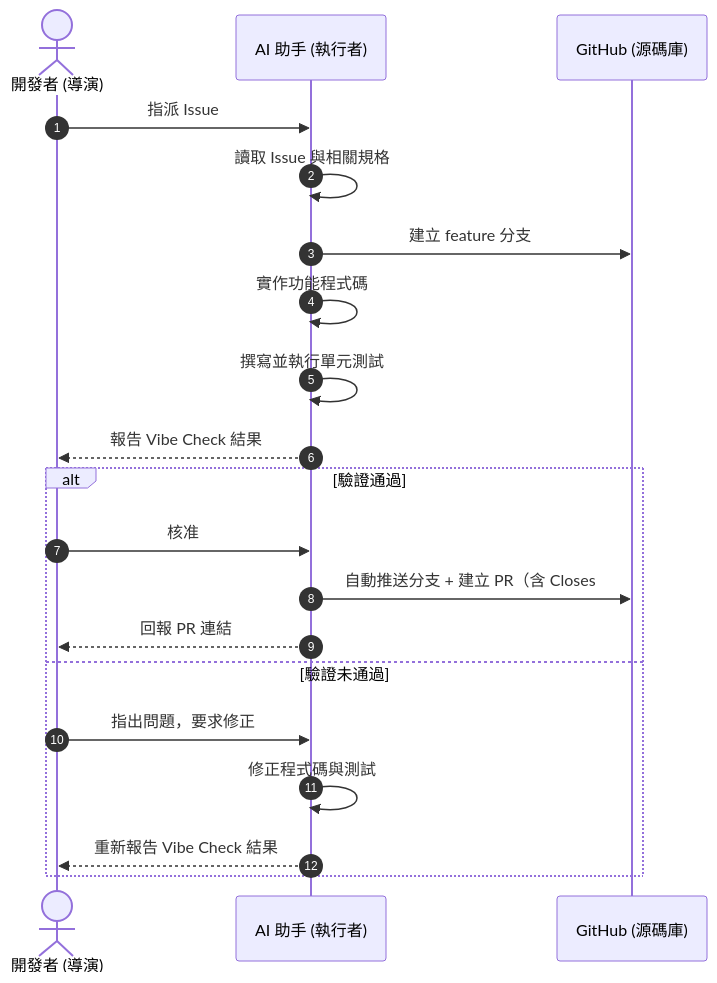
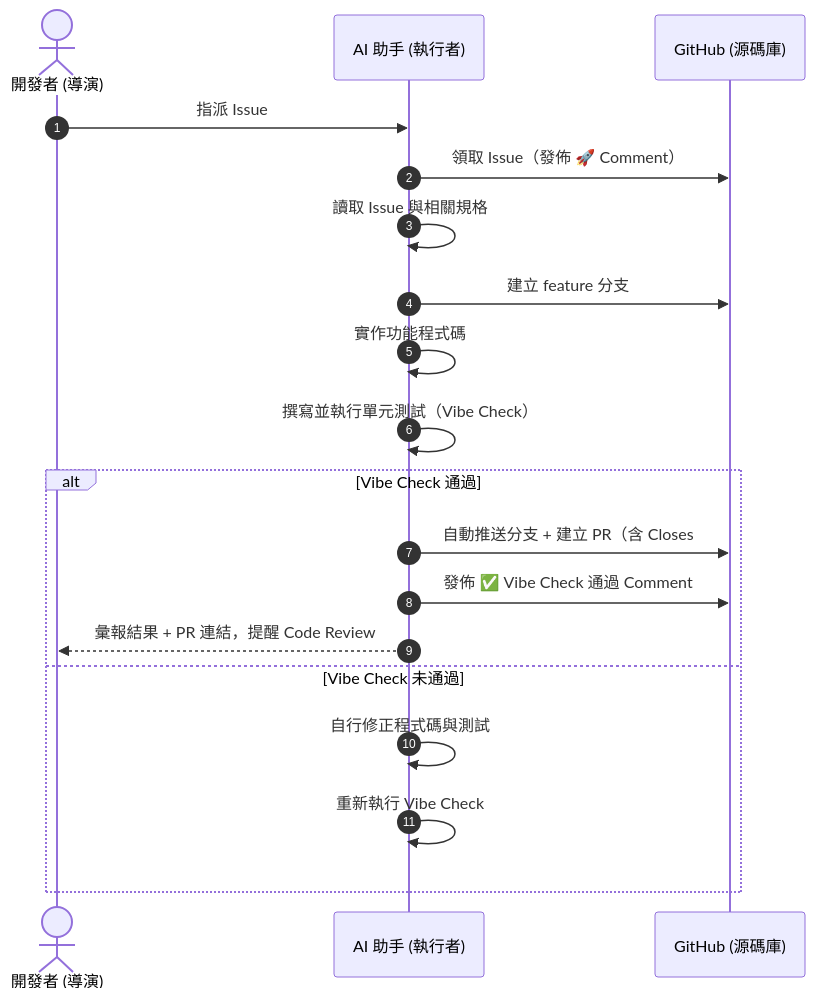
Before and after one commit to robin-li/Vibe-SDLC: the second of 2 diagrams in Vibe-SDLC.md, drawn with Mermaid. The commit also changed other lines of this file and 35 other files, not shown here.

````diff
--- a/Vibe-SDLC.md
+++ b/Vibe-SDLC.md
@@ -474,24 +506,23 @@
 ```mermaid
 sequenceDiagram
     autonumber
     actor Dev as 開發者 (導演)
     participant AI as AI 助手 (執行者)
     participant GH as GitHub (源碼庫)
 
     Dev->>AI: 指派 Issue #N
+    AI->>GH: 領取 Issue（發佈 🚀 Comment）
     AI->>AI: 讀取 Issue 與相關規格
     AI->>GH: 建立 feature 分支
     AI->>AI: 實作功能程式碼
-    AI->>AI: 撰寫並執行單元測試
-    AI-->>Dev: 報告 Vibe Check 結果
+    AI->>AI: 撰寫並執行單元測試（Vibe Check）
 
-    alt 驗證通過
-        Dev->>AI: 核准
+    alt Vibe Check 通過
         AI->>GH: 自動推送分支 + 建立 PR（含 Closes #N）
-        AI-->>Dev: 回報 PR 連結
-    else 驗證未通過
-        Dev->>AI: 指出問題，要求修正
-        AI->>AI: 修正程式碼與測試
-        AI-->>Dev: 重新報告 Vibe Check 結果
+        AI->>GH: 發佈 ✅ Vibe Check 通過 Comment
+        AI-->>Dev: 彙報結果 + PR 連結，提醒 Code Review
+    else Vibe Check 未通過
+        AI->>AI: 自行修正程式碼與測試
+        AI->>AI: 重新執行 Vibe Check
     end
 ```
````
